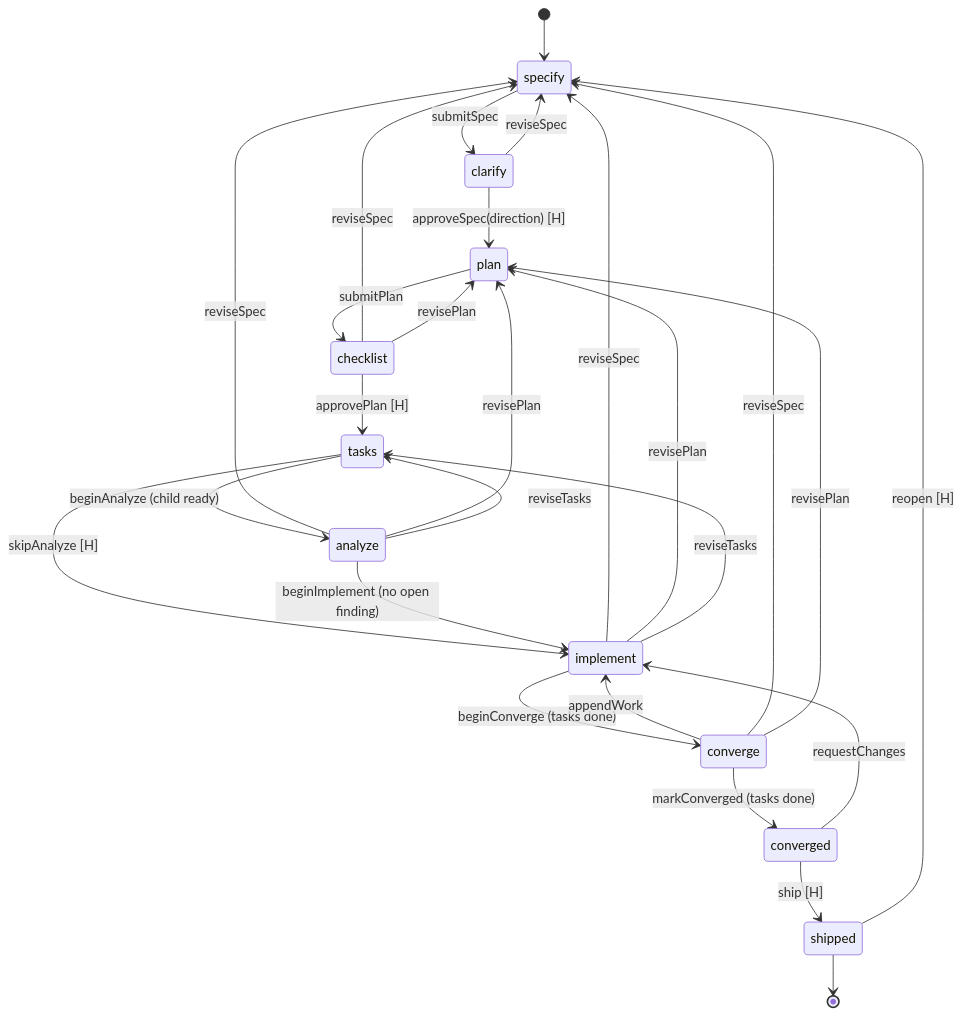
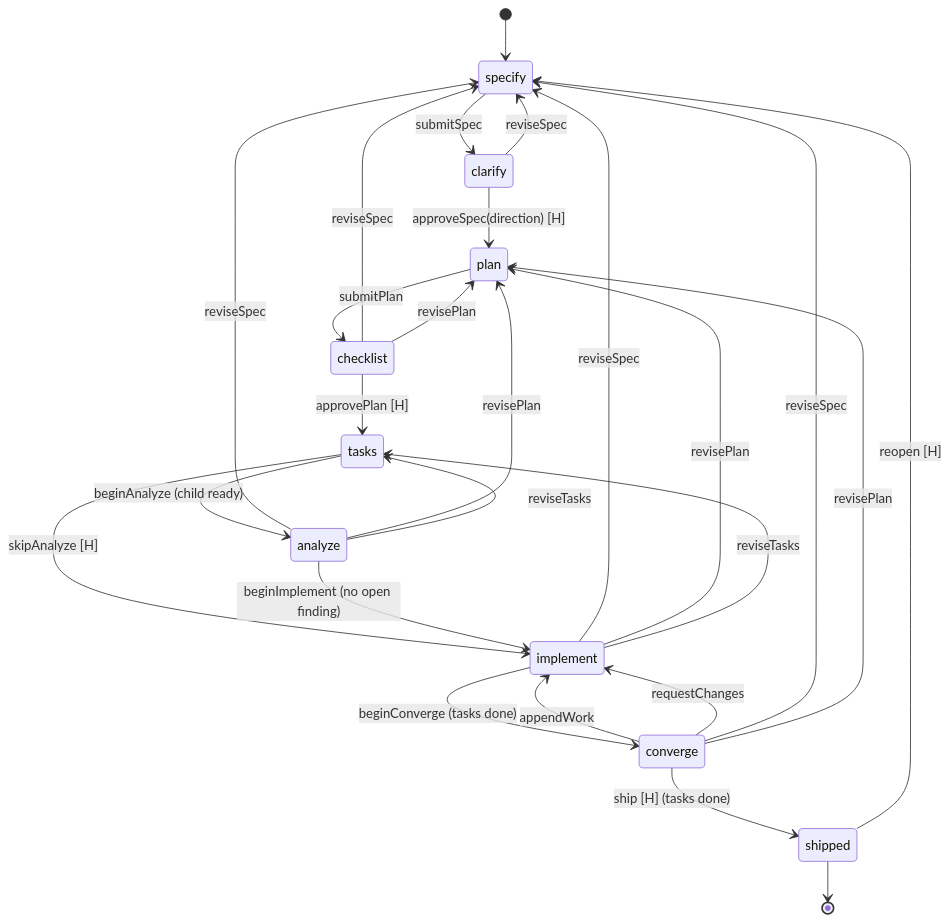
The second of 4 diagrams in docs/speckit-workflows.md (dsschneidermann-org/pasta-dev), drawn with Mermaid before and after one commit. The commit also changed other lines of this file, not shown here.

First line of the commit message:
Fold converged into shipped, add a pull request field, end ideas in closed or abandoned

````diff
--- a/docs/speckit-workflows.md
+++ b/docs/speckit-workflows.md
@@ -649,29 +651,28 @@
 ```mermaid
 stateDiagram-v2
   [*] --> specify
   specify --> clarify: submitSpec
   clarify --> plan: approveSpec(direction) [H]
   plan --> checklist: submitPlan
   checklist --> tasks: approvePlan [H]
   tasks --> analyze: beginAnalyze (child ready)
   tasks --> implement: skipAnalyze [H]
   analyze --> implement: beginImplement (no open finding)
   implement --> converge: beginConverge (tasks done)
   converge --> implement: appendWork
-  converge --> converged: markConverged (tasks done)
-  converged --> shipped: ship [H]
-  converged --> implement: requestChanges
+  converge --> shipped: ship [H] (tasks done)
+  converge --> implement: requestChanges
   clarify --> specify: reviseSpec
   checklist --> specify: reviseSpec
   analyze --> specify: reviseSpec
   implement --> specify: reviseSpec
   converge --> specify: reviseSpec
   checklist --> plan: revisePlan
   analyze --> plan: revisePlan
   implement --> plan: revisePlan
   converge --> plan: revisePlan
   analyze --> tasks: reviseTasks
   implement --> tasks: reviseTasks
   shipped --> specify: reopen [H]
   shipped --> [*]
 ```
````
